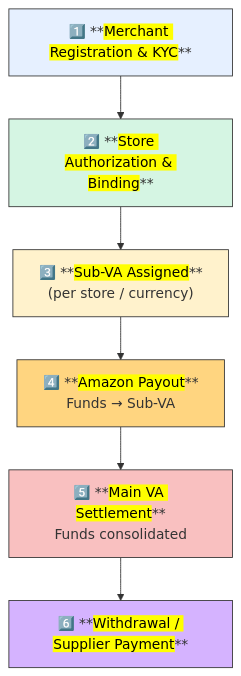
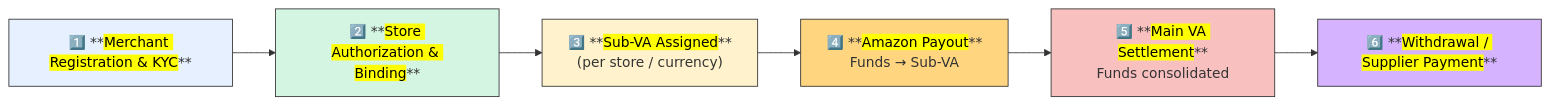
The first of 4 diagrams in DW-QA.md (blaire101/data-warehouse-solutions), drawn with Mermaid before and after one commit.

````diff
--- a/DW-QA.md
+++ b/DW-QA.md
@@ -55,18 +55,18 @@
 ```mermaid
-flowchart TB
+flowchart LR
     A["1️⃣ **<mark>Merchant Registration & KYC</mark>**"]:::step1
     B["2️⃣ **<mark>Store Authorization & Binding</mark>**"]:::step2
     C["3️⃣ **<mark>Sub-VA Assigned</mark>**<br>(per store / currency)"]:::step3
     D["4️⃣ **<mark>Amazon Payout</mark>**<br>Funds → Sub-VA"]:::step4
     E["5️⃣ **<mark>Main VA Settlement</mark>**<br>Funds consolidated"]:::step5
     F["6️⃣ **<mark>Withdrawal / Supplier Payment</mark>**"]:::step6
 
     A --> B --> C --> D --> E --> F
 
     classDef step1 fill:#e6f0ff,stroke:#333;
     classDef step2 fill:#d5f5e3,stroke:#333;
     classDef step3 fill:#fff2cc,stroke:#333;
     classDef step4 fill:#ffd580,stroke:#333;
     classDef step5 fill:#f9c0c0,stroke:#333;
     classDef step6 fill:#d5b3ff,stroke:#333;
 ```
````
